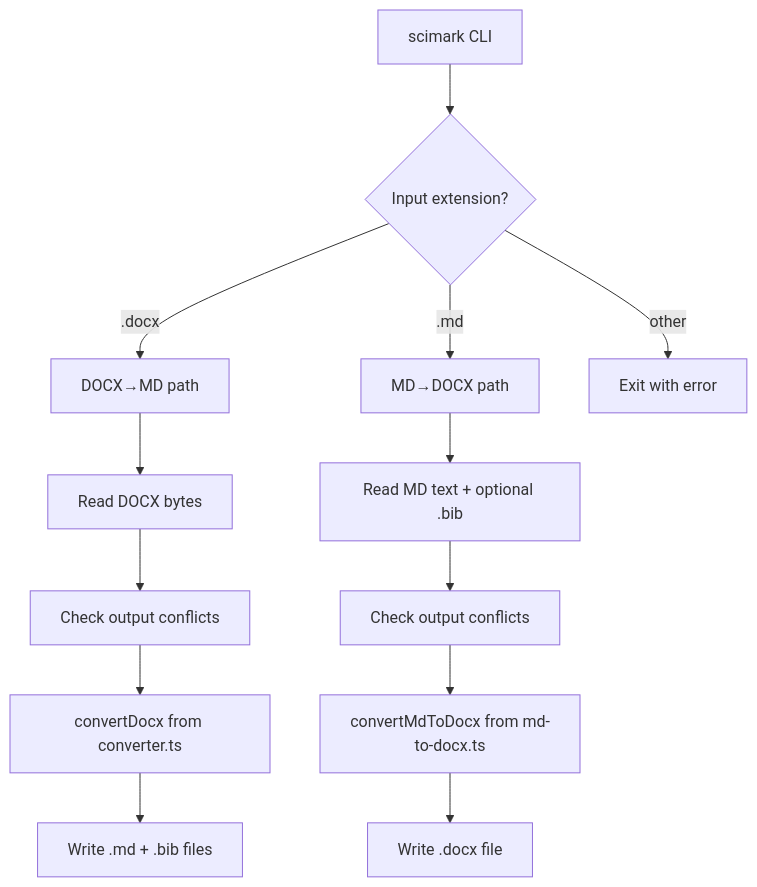
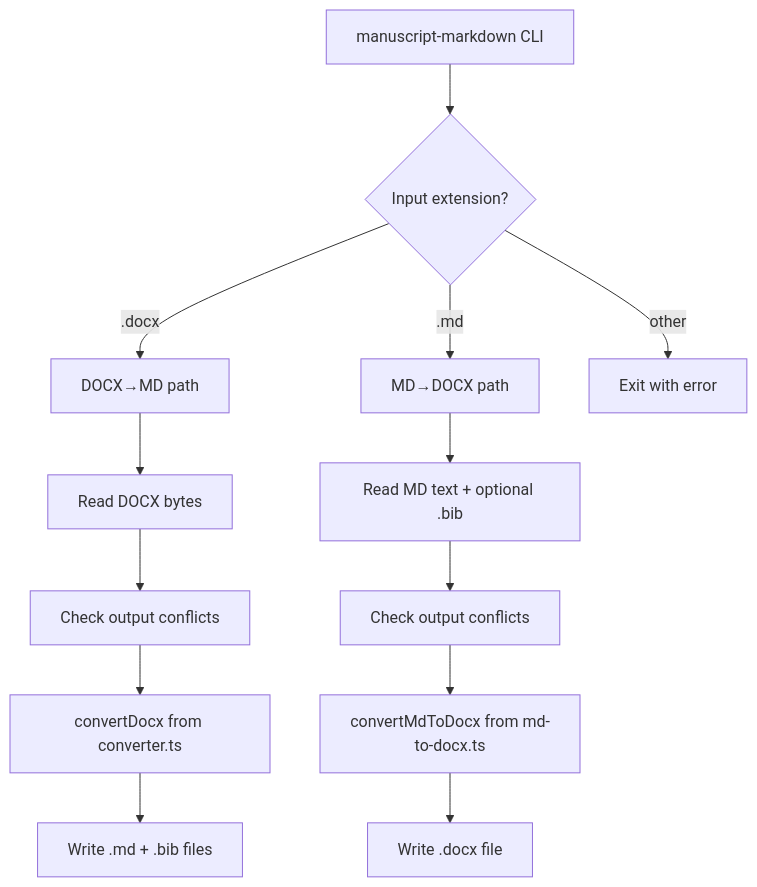
The diagram in .kiro/specs/standalone-cli-tools/design.md (jbearak/scimark), drawn with Mermaid before and after one commit. The commit also changed other lines of this file and 85 other files, not shown here.

First line of the commit message:
rename: revert "Scientific Markdown (scimark)" back to "Manuscript Markdown"

````diff
--- a/.kiro/specs/standalone-cli-tools/design.md
+++ b/.kiro/specs/standalone-cli-tools/design.md
@@ -11,15 +11,15 @@
 ```mermaid
 graph TD
-    A[scimark CLI] --> B{Input extension?}
+    A[manuscript-markdown CLI] --> B{Input extension?}
     B -->|.docx| C[DOCX→MD path]
     B -->|.md| D[MD→DOCX path]
     B -->|other| E[Exit with error]
     C --> F[Read DOCX bytes]
     F --> G[Check output conflicts]
     G --> H[convertDocx from converter.ts]
     H --> I[Write .md + .bib files]
     D --> J[Read MD text + optional .bib]
     J --> K[Check output conflicts]
     K --> L[convertMdToDocx from md-to-docx.ts]
     L --> M[Write .docx file]
 ```
````
